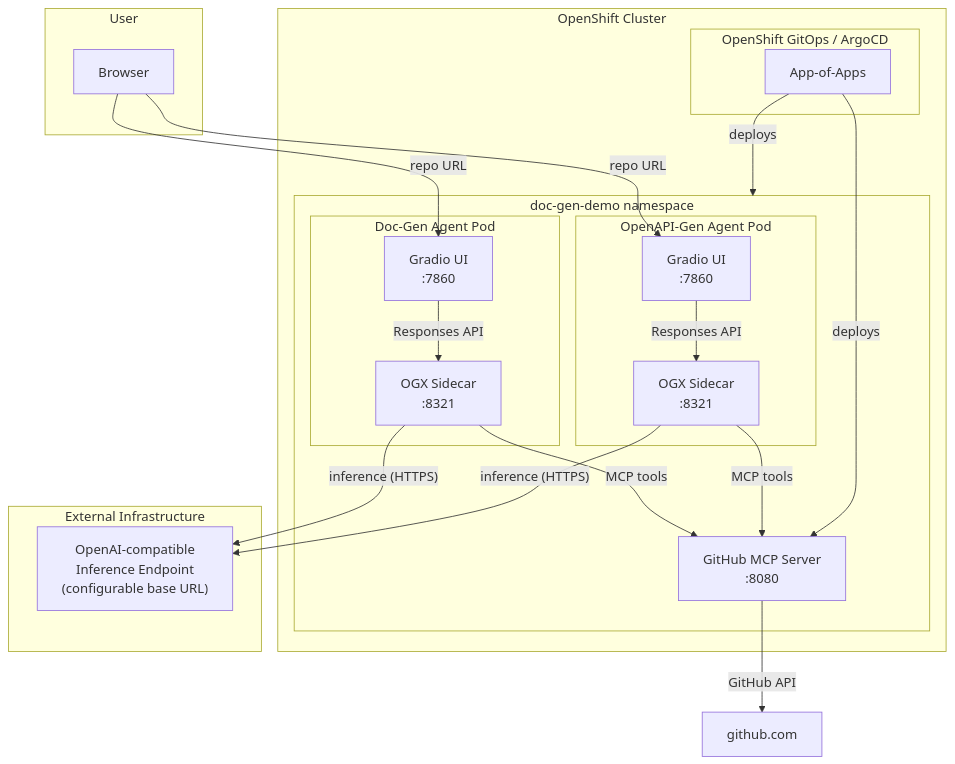
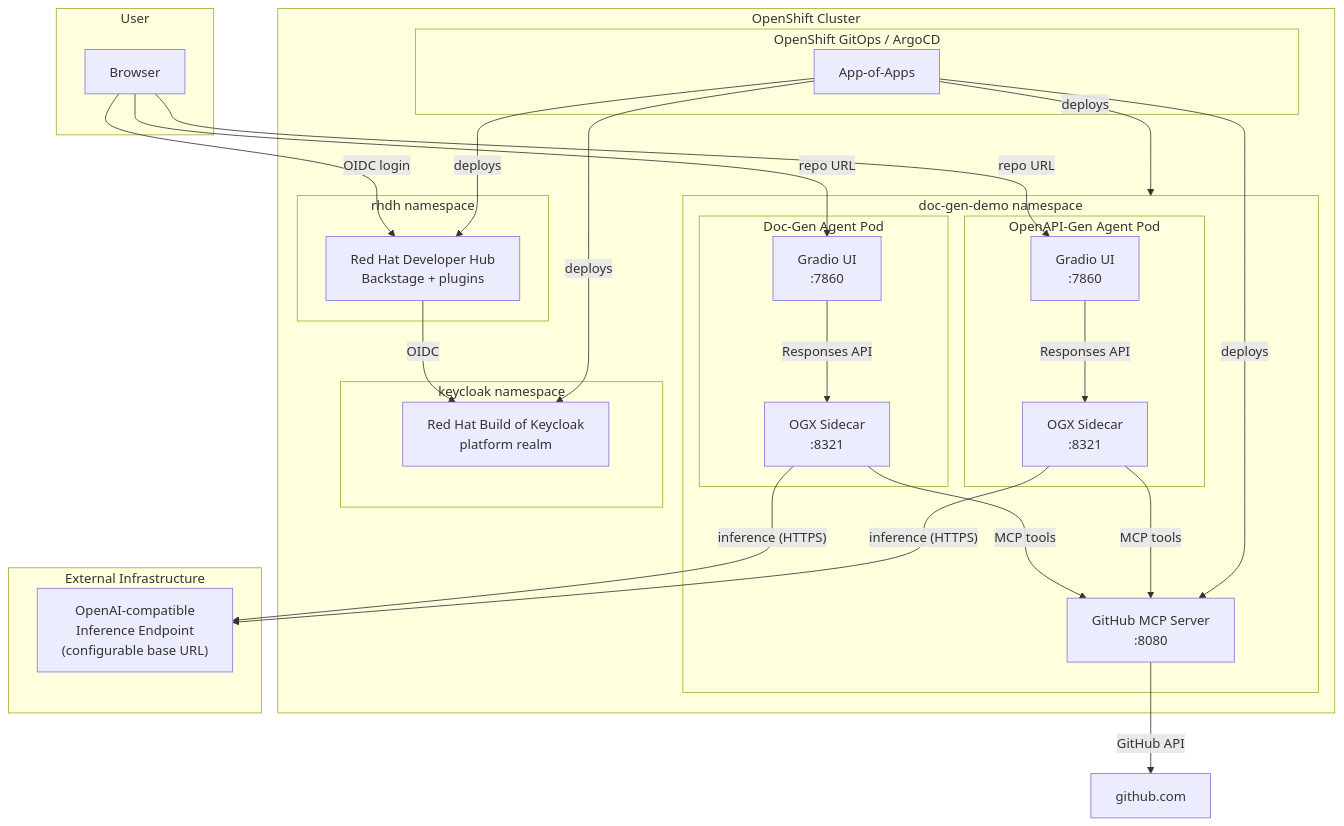
One commit to mcombi/agentic-doc-generation changed the first of 2 diagrams in README.md. Above: the diagram before and after it, drawn with Mermaid. The commit also changed other lines of this file, not shown here.

Commit message:
docs: add RHBK and RHDH documentation to README

````diff
--- a/README.md
+++ b/README.md
@@ -28,40 +28,52 @@
 ```mermaid
 flowchart TB
     subgraph user [User]
         Browser
     end
 
     subgraph ocp [OpenShift Cluster]
         subgraph gitops [OpenShift GitOps / ArgoCD]
             AppOfApps["App-of-Apps"]
         end
 
         subgraph demo_ns [doc-gen-demo namespace]
             subgraph doc_pod [Doc-Gen Agent Pod]
                 DocGradio["Gradio UI\n:7860"]
                 DocOGX["OGX Sidecar\n:8321"]
             end
             subgraph api_pod [OpenAPI-Gen Agent Pod]
                 ApiGradio["Gradio UI\n:7860"]
                 ApiOGX["OGX Sidecar\n:8321"]
             end
             GitHubMCP["GitHub MCP Server\n:8080"]
         end
+
+        subgraph keycloak_ns [keycloak namespace]
+            RHBK["Red Hat Build of Keycloak\nplatform realm"]
+        end
+
+        subgraph rhdh_ns [rhdh namespace]
+            RHDH["Red Hat Developer Hub\nBackstage + plugins"]
+        end
     end
 
     subgraph external [External Infrastructure]
         InferenceEndpoint["OpenAI-compatible\nInference Endpoint\n(configurable base URL)"]
     end
 
     Browser -->|"repo URL"| DocGradio
     Browser -->|"repo URL"| ApiGradio
+    Browser -->|"OIDC login"| RHDH
     DocGradio -->|"Responses API"| DocOGX
     ApiGradio -->|"Responses API"| ApiOGX
     DocOGX -->|"MCP tools"| GitHubMCP
     ApiOGX -->|"MCP tools"| GitHubMCP
     DocOGX -->|"inference (HTTPS)"| InferenceEndpoint
     ApiOGX -->|"inference (HTTPS)"| InferenceEndpoint
     GitHubMCP -->|"GitHub API"| GitHub["github.com"]
+    RHDH -->|"OIDC"| RHBK
     AppOfApps -->|deploys| GitHubMCP
     AppOfApps -->|deploys| demo_ns
+    AppOfApps -->|deploys| RHBK
+    AppOfApps -->|deploys| RHDH
 ```
````
